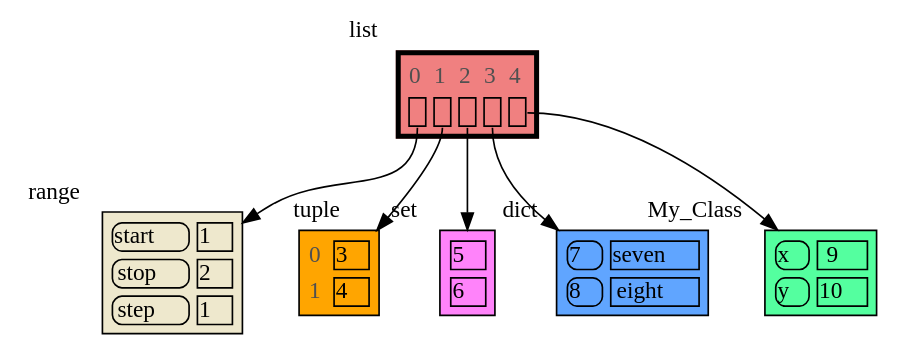
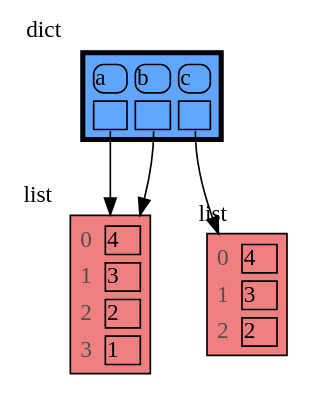
One commit to PeterTheobald/HackerDojoPythonGroup changed the diagram in memory_graph_demo/memory_graph.gv. Above: the diagram before and after it, drawn with Graphviz. The commit also changed 7 other files, not shown here.

```diff
--- a/memory_graph_demo/memory_graph.gv
+++ b/memory_graph_demo/memory_graph.gv
@@ -1,48 +1,30 @@
 digraph memory_graph {
 	graph [fontname="Times-Roman" fontsize=14]
 	node [fontname="Times-Roman" fontsize=14 shape=plaintext]
 	edge [fontname="Times-Roman" fontsize=14]
-	node126887965315440 [label=<
-<TABLE BORDER="1" CELLBORDER="1" CELLSPACING="5" CELLPADDING="0" BGCOLOR="cornsilk2" PORT="table">
-    <TR><TD BORDER="1" STYLE="ROUNDED"> start </TD><TD BORDER="1"> 1 </TD></TR>
-    <TR><TD BORDER="1" STYLE="ROUNDED"> stop </TD><TD BORDER="1"> 2 </TD></TR>
-    <TR><TD BORDER="1" STYLE="ROUNDED"> step </TD><TD BORDER="1"> 1 </TD></TR>
+	node4338324480 [label=<
+<TABLE BORDER="1" CELLBORDER="1" CELLSPACING="5" CELLPADDING="0" BGCOLOR="lightcoral" PORT="table">
+    <TR><TD BORDER="0"><font color="#505050">0</font></TD><TD BORDER="1"> 4 </TD></TR>
+    <TR><TD BORDER="0"><font color="#505050">1</font></TD><TD BORDER="1"> 3 </TD></TR>
+    <TR><TD BORDER="0"><font color="#505050">2</font></TD><TD BORDER="1"> 2 </TD></TR>
+    <TR><TD BORDER="0"><font color="#505050">3</font></TD><TD BORDER="1"> 1 </TD></TR>
 </TABLE>
-> xlabel=range]
-	node126887966390976 [label=<
-<TABLE BORDER="1" CELLBORDER="1" CELLSPACING="5" CELLPADDING="0" BGCOLOR="orange" PORT="table">
-    <TR><TD BORDER="0"><font color="#505050">0</font></TD><TD BORDER="1"> 3 </TD></TR>
-    <TR><TD BORDER="0"><font color="#505050">1</font></TD><TD BORDER="1"> 4 </TD></TR>
+> xlabel=list]
+	node4338164416 [label=<
+<TABLE BORDER="1" CELLBORDER="1" CELLSPACING="5" CELLPADDING="0" BGCOLOR="lightcoral" PORT="table">
+    <TR><TD BORDER="0"><font color="#505050">0</font></TD><TD BORDER="1"> 4 </TD></TR>
+    <TR><TD BORDER="0"><font color="#505050">1</font></TD><TD BORDER="1"> 3 </TD></TR>
+    <TR><TD BORDER="0"><font color="#505050">2</font></TD><TD BORDER="1"> 2 </TD></TR>
 </TABLE>
-> xlabel=tuple]
-	node126887966351520 [label=<
-<TABLE BORDER="1" CELLBORDER="1" CELLSPACING="5" CELLPADDING="0" BGCOLOR="orchid1" PORT="table">
-    <TR><TD BORDER="1"> 5 </TD></TR>
-    <TR><TD BORDER="1"> 6 </TD></TR>
-</TABLE>
-> xlabel=set]
-	node126887966380032 [label=<
-<TABLE BORDER="1" CELLBORDER="1" CELLSPACING="5" CELLPADDING="0" BGCOLOR="#60a5ff" PORT="table">
-    <TR><TD BORDER="1" STYLE="ROUNDED"> 7 </TD><TD BORDER="1"> seven </TD></TR>
-    <TR><TD BORDER="1" STYLE="ROUNDED"> 8 </TD><TD BORDER="1"> eight </TD></TR>
+> xlabel=list]
+	node4338527040 [label=<
+<TABLE BORDER="3" CELLBORDER="1" CELLSPACING="5" CELLPADDING="0" BGCOLOR="#60a5ff" PORT="table">
+    <TR><TD BORDER="1" STYLE="ROUNDED"> a </TD><TD BORDER="1" STYLE="ROUNDED"> b </TD><TD BORDER="1" STYLE="ROUNDED"> c </TD></TR>
+    <TR><TD BORDER="1" PORT="ref0"> </TD><TD BORDER="1" PORT="ref1"> </TD><TD BORDER="1" PORT="ref2"> </TD></TR>
 </TABLE>
 > xlabel=dict]
-	node126887961405696 [label=<
-<TABLE BORDER="1" CELLBORDER="1" CELLSPACING="5" CELLPADDING="0" BGCOLOR="seagreen1" PORT="table">
-    <TR><TD BORDER="1" STYLE="ROUNDED"> x </TD><TD BORDER="1"> 9 </TD></TR>
-    <TR><TD BORDER="1" STYLE="ROUNDED"> y </TD><TD BORDER="1"> 10 </TD></TR>
-</TABLE>
-> xlabel=My_Class]
-	node126887965766144 [label=<
-<TABLE BORDER="3" CELLBORDER="1" CELLSPACING="5" CELLPADDING="0" BGCOLOR="lightcoral" PORT="table">
-    <TR><TD BORDER="0"><font color="#505050">0</font></TD><TD BORDER="0"><font color="#505050">1</font></TD><TD BORDER="0"><font color="#505050">2</font></TD><TD BORDER="0"><font color="#505050">3</font></TD><TD BORDER="0"><font color="#505050">4</font></TD></TR>
-    <TR><TD BORDER="1" PORT="ref0"> </TD><TD BORDER="1" PORT="ref1"> </TD><TD BORDER="1" PORT="ref2"> </TD><TD BORDER="1" PORT="ref3"> </TD><TD BORDER="1" PORT="ref4"> </TD></TR>
-</TABLE>
-> xlabel=list]
-	node126887965766144:ref0 -> node126887965315440:table [style=solid]
-	node126887965766144:ref1 -> node126887966390976:table [style=solid]
-	node126887965766144:ref2 -> node126887966351520:table [style=solid]
-	node126887965766144:ref3 -> node126887966380032:table [style=solid]
-	node126887965766144:ref4 -> node126887961405696:table [style=solid]
-subgraph { rank=same; node126887965315440 -> node126887966390976 -> node126887966351520 -> node126887966380032 -> node126887961405696[weight=10, style=invis]; }
+	node4338527040:ref0 -> node4338324480:table [style=solid]
+	node4338527040:ref1 -> node4338324480:table [style=solid]
+	node4338527040:ref2 -> node4338164416:table [style=solid]
+subgraph { rank=same; node4338324480 -> node4338164416[weight=10, style=invis]; }
 }
```
